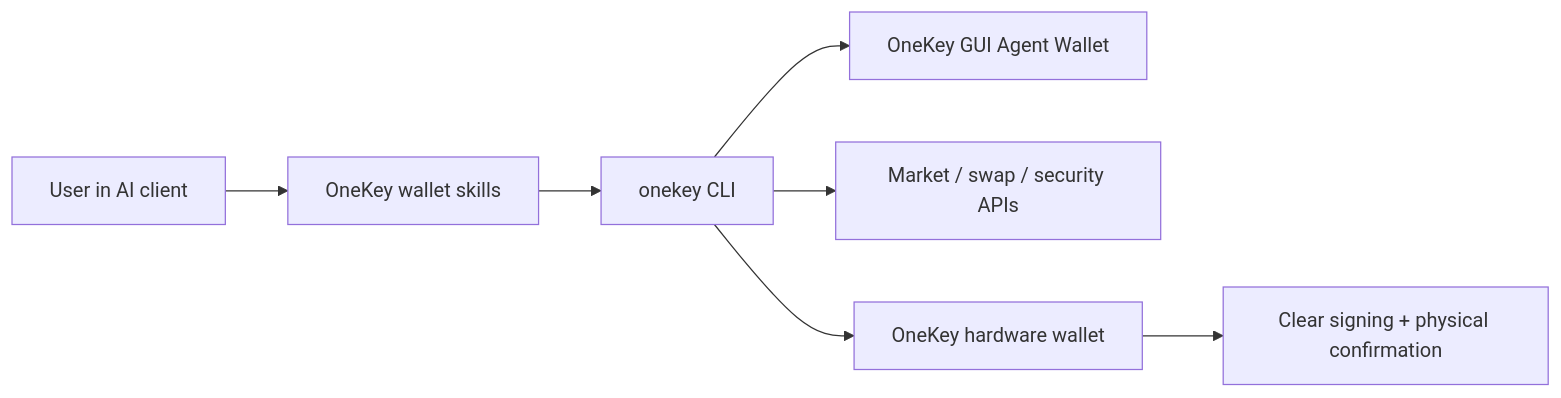
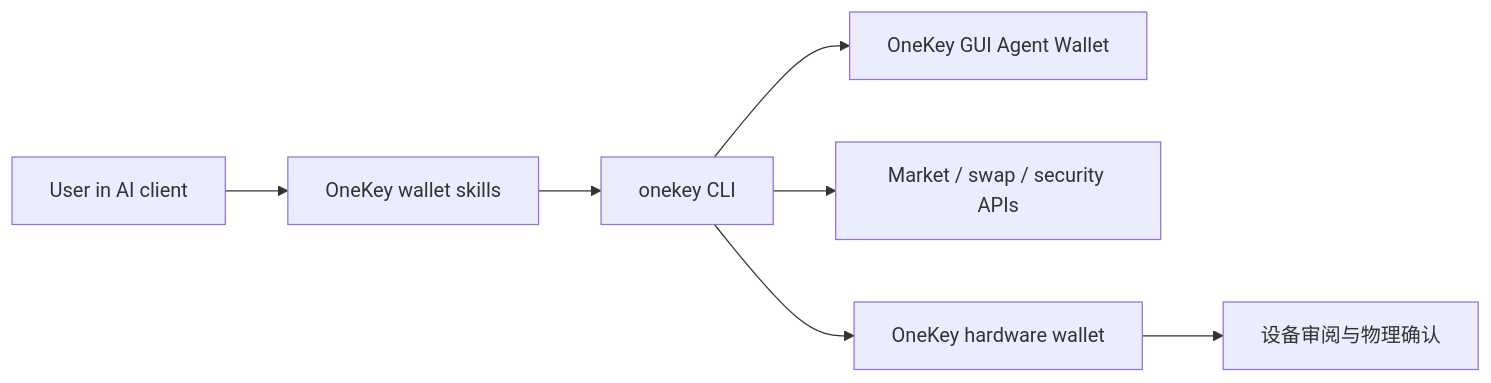
One commit to OneKeyHQ/hardware-js-sdk changed the diagram in packages/connect-examples/developer-portal/content/zh/agent-wallet/overview.mdx. Above: the diagram before and after it, drawn with Mermaid. The commit also changed other lines of this file and 719 other files, not shown here.

````diff
--- a/packages/connect-examples/developer-portal/content/zh/agent-wallet/overview.mdx
+++ b/packages/connect-examples/developer-portal/content/zh/agent-wallet/overview.mdx
@@ -24,9 +27,9 @@
 ```mermaid
 flowchart LR
   User["User in AI client"] --> Skill["OneKey wallet skills"]
   Skill --> CLI["onekey CLI"]
   CLI --> GUI["OneKey GUI Agent Wallet"]
   CLI --> Market["Market / swap / security APIs"]
   CLI --> Hardware["OneKey hardware wallet"]
-  Hardware --> Confirm["Clear signing + physical confirmation"]
+  Hardware --> Confirm["设备审阅与物理确认"]
 ```
````
